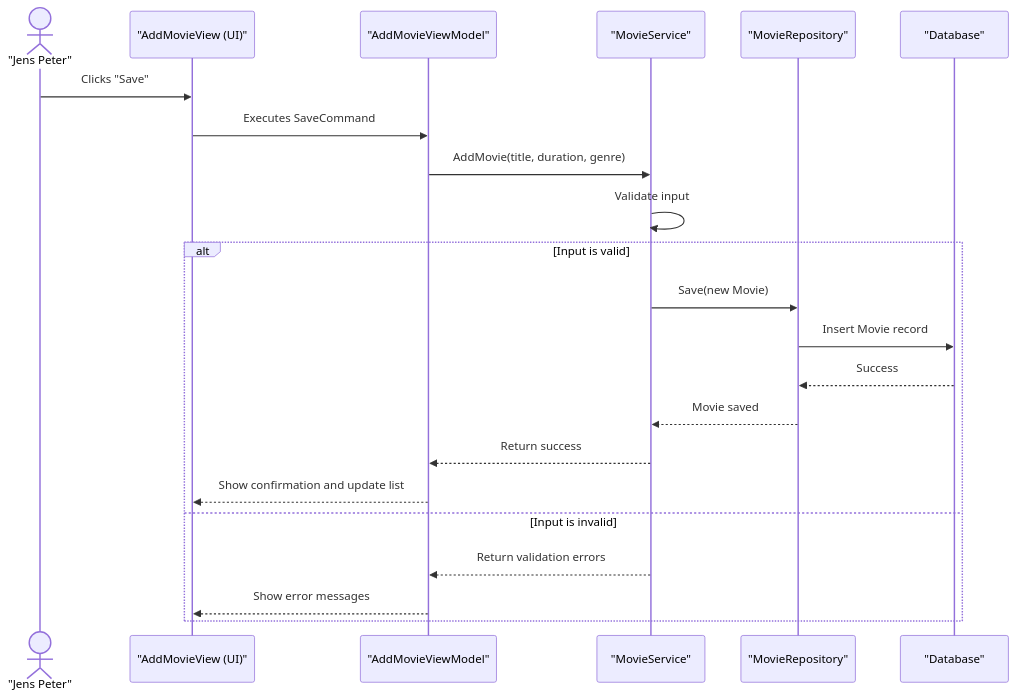
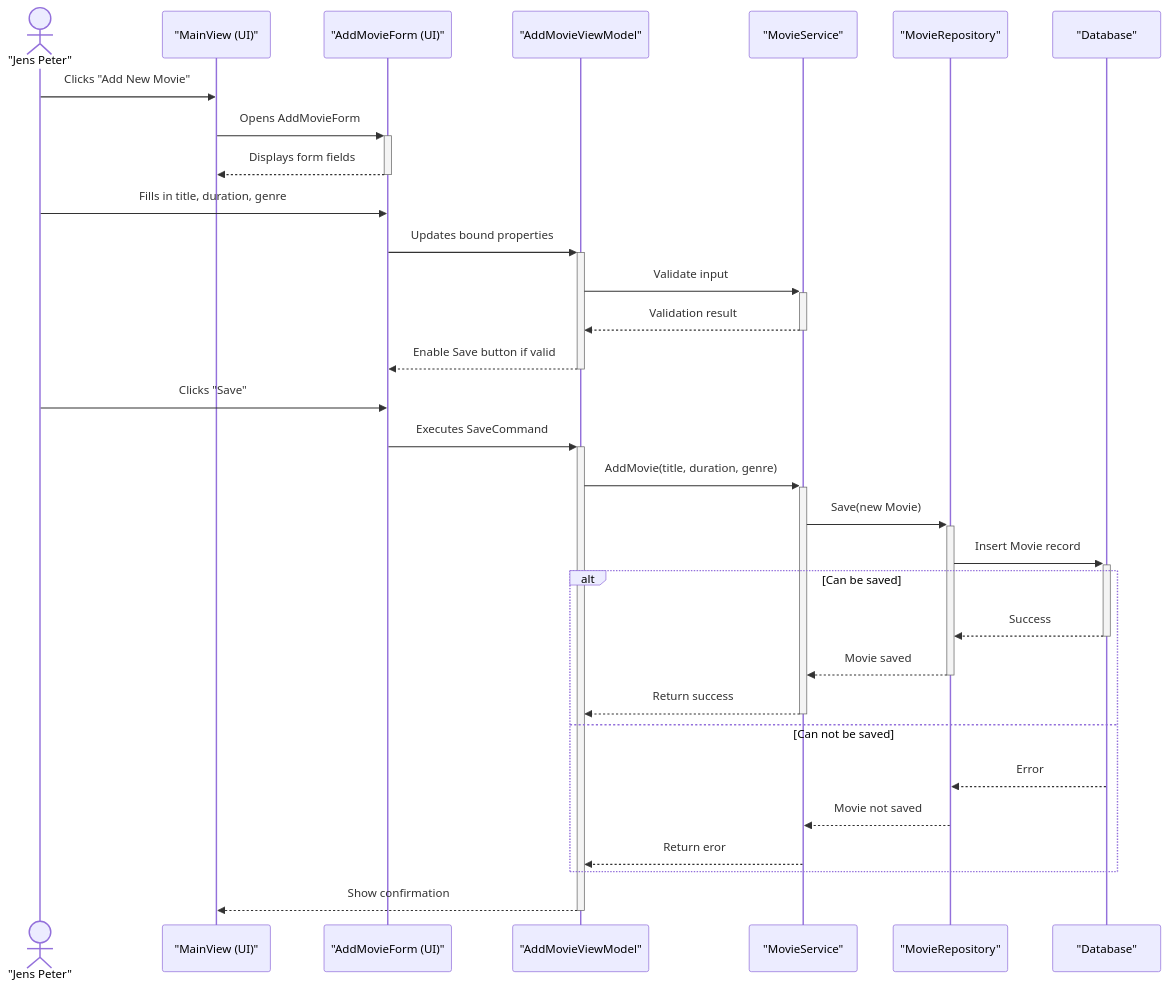
Before and after one commit to DMOoF25/TheMovie: the diagram in docs/SD.mmd, drawn with Mermaid.

Commit message:
Add missing input form

```diff
--- a/docs/SD.mmd
+++ b/docs/SD.mmd
@@ -1,24 +1,36 @@
 sequenceDiagram
     actor JensPeter as "Jens Peter"
-    participant UI as "AddMovieView (UI)"
+    participant UI as "MainView (UI)"
+    participant Form as "AddMovieForm (UI)"
     participant VM as "AddMovieViewModel"
     participant Service as "MovieService"
     participant Repo as "MovieRepository"
     participant DB as "Database"
 
-    JensPeter->>UI: Clicks "Save"
-    UI->>VM: Executes SaveCommand
+    JensPeter->>UI: Clicks "Add New Movie"
+    UI->>+Form: Opens AddMovieForm
+    Form-->>-UI: Displays form fields
 
-    VM->>Service: AddMovie(title, duration, genre)
-    Service->>Service: Validate input
-    alt Input is valid
-        Service->>Repo: Save(new Movie)
-        Repo->>DB: Insert Movie record
-        DB-->>Repo: Success
-        Repo-->>Service: Movie saved
-        Service-->>VM: Return success
-        VM-->>UI: Show confirmation and update list
-    else Input is invalid
-        Service-->>VM: Return validation errors
-        VM-->>UI: Show error messages
+    JensPeter->>Form: Fills in title, duration, genre
+    Form->>+VM: Updates bound properties
+
+    VM->>+Service: Validate input
+    Service-->>-VM: Validation result
+    VM-->>-Form: Enable Save button if valid
+
+    JensPeter->>Form: Clicks "Save"
+    Form->>+VM: Executes SaveCommand
+
+    VM->>+Service: AddMovie(title, duration, genre)
+    Service->>+Repo: Save(new Movie)
+    Repo->>+DB: Insert Movie record
+    alt Can be saved
+    DB-->>-Repo: Success
+    Repo-->>-Service: Movie saved
+    Service-->>-VM: Return success
+    else Can not be saved
+    DB-->>Repo: Error
+    Repo-->>Service: Movie not saved
+    Service-->>VM: Return eror
     end
+    VM-->>-UI: Show confirmation
```
